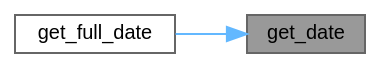
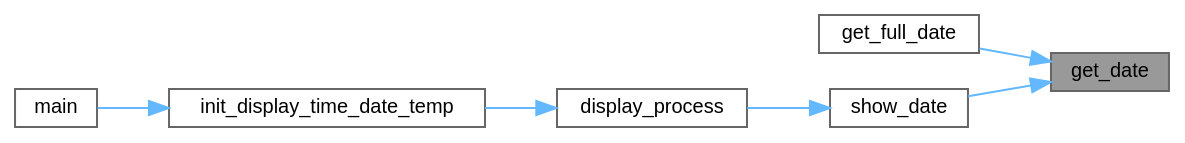
Before and after one commit to Ghaadyy/elevator-controller: the diagram in dev/ds1307_8h_a8caf51269a00dcd8d51c4f0118543abf_icgraph.dot, drawn with Graphviz. The commit also changed 80 other files, not shown here.

```diff
--- a/dev/ds1307_8h_a8caf51269a00dcd8d51c4f0118543abf_icgraph.dot
+++ b/dev/ds1307_8h_a8caf51269a00dcd8d51c4f0118543abf_icgraph.dot
@@ -1,11 +1,19 @@
 digraph "get_date"
 {
  // LATEX_PDF_SIZE
   bgcolor="transparent";
   edge [fontname=Helvetica,fontsize=10,labelfontname=Helvetica,labelfontsize=10];
   node [fontname=Helvetica,fontsize=10,shape=box,height=0.2,width=0.4];
   rankdir="RL";
   Node1 [id="Node000001",label="get_date",height=0.2,width=0.4,color="gray40", fillcolor="grey60", style="filled", fontcolor="black",tooltip="Get the date in BCD format."];
   Node1 -> Node2 [id="edge1_Node000001_Node000002",dir="back",color="steelblue1",style="solid",tooltip=" "];
   Node2 [id="Node000002",label="get_full_date",height=0.2,width=0.4,color="grey40", fillcolor="white", style="filled",URL="$ds1307_8c.html#a9cbcbb331fb92c6c7ed9b202b2290bff",tooltip="Get the date in BCD format."];
+  Node1 -> Node3 [id="edge2_Node000001_Node000003",dir="back",color="steelblue1",style="solid",tooltip=" "];
+  Node3 [id="Node000003",label="show_date",height=0.2,width=0.4,color="grey40", fillcolor="white", style="filled",URL="$display__time__date__temp_8c.html#ac509fb687538ef74425d0afa4758e349",tooltip="Display the current date in (DD MM) format."];
+  Node3 -> Node4 [id="edge3_Node000003_Node000004",dir="back",color="steelblue1",style="solid",tooltip=" "];
+  Node4 [id="Node000004",label="display_process",height=0.2,width=0.4,color="grey40", fillcolor="white", style="filled",URL="$display__time__date__temp_8c.html#a623676cea54e765bc09b0150f9f11ee3",tooltip="Task that cycles through and displays time, date, and temperature."];
+  Node4 -> Node5 [id="edge4_Node000004_Node000005",dir="back",color="steelblue1",style="solid",tooltip=" "];
+  Node5 [id="Node000005",label="init_display_time_date_temp",height=0.2,width=0.4,color="grey40", fillcolor="white", style="filled",URL="$display__time__date__temp_8c.html#a08d88c70d567692f6f4900a3842eda5a",tooltip="Initialize and start the task."];
+  Node5 -> Node6 [id="edge5_Node000005_Node000006",dir="back",color="steelblue1",style="solid",tooltip=" "];
+  Node6 [id="Node000006",label="main",height=0.2,width=0.4,color="grey40", fillcolor="white", style="filled",URL="$main_8c.html#acdef7a1fd863a6d3770c1268cb06add3",tooltip=" "];
 }
```
